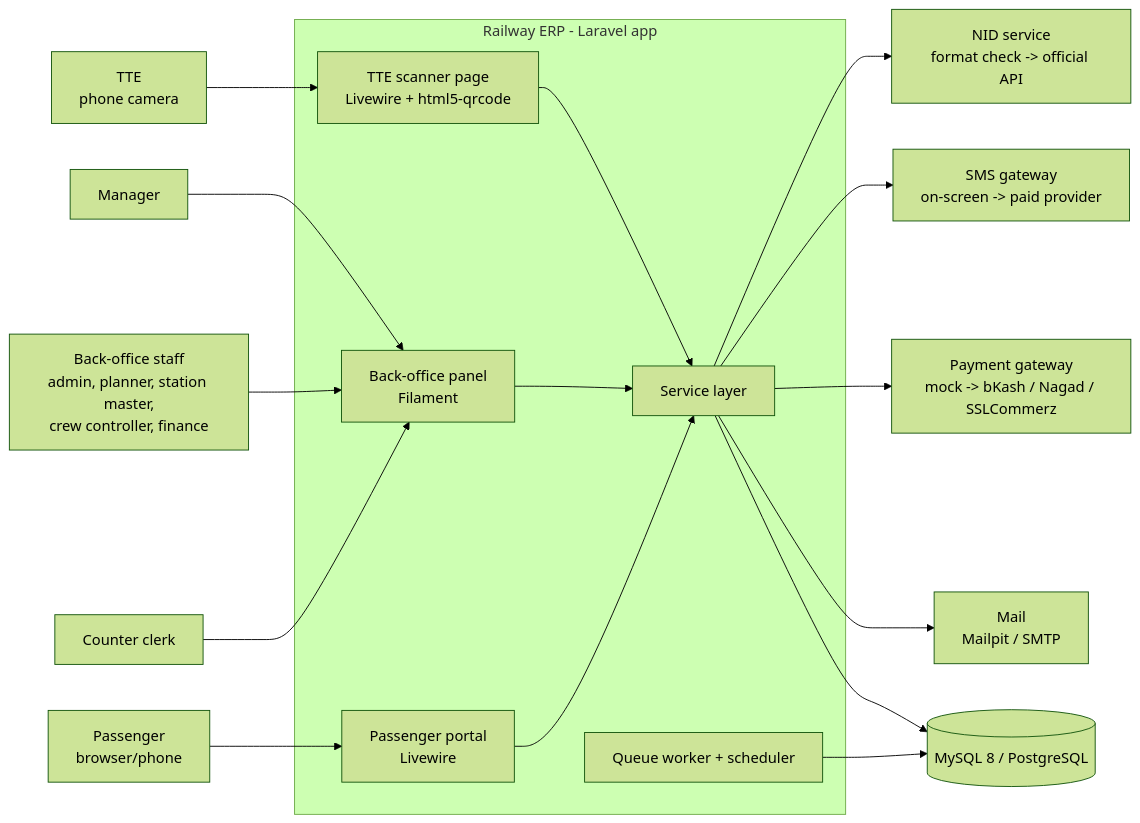
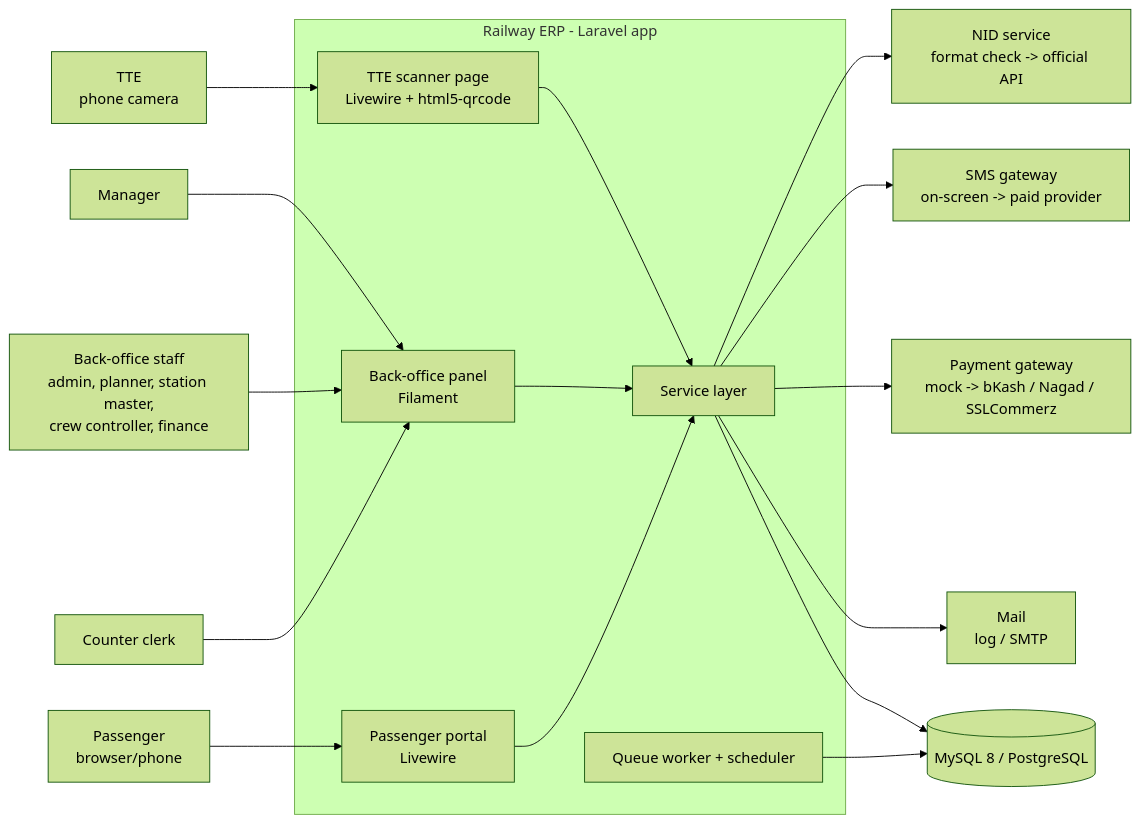
One commit to Riyadhasann/Railway_management_system changed the first of 5 diagrams in docs/railway-erp-architecture.md. Above: the diagram before and after it, drawn with Mermaid (forest theme). The commit also changed other lines of this file and 1 other file, not shown here.

````diff
--- a/docs/railway-erp-architecture.md
+++ b/docs/railway-erp-architecture.md
@@ -24,37 +24,37 @@
 ```mermaid
 flowchart LR
     P[Passenger<br/>browser/phone]
     C[Counter clerk]
     B[Back-office staff<br/>admin, planner, station master,<br/>crew controller, finance]
     T[TTE<br/>phone camera]
     M[Manager]
 
     subgraph APP[Railway ERP - Laravel app]
         PORTAL[Passenger portal<br/>Livewire]
         PANEL[Back-office panel<br/>Filament]
         SCAN[TTE scanner page<br/>Livewire + html5-qrcode]
         SVC[Service layer]
         JOBS[Queue worker + scheduler]
     end
 
     DB[(MySQL 8 / PostgreSQL)]
-    MAIL[Mail<br/>Mailpit / SMTP]
+    MAIL[Mail<br/>log / SMTP]
     PAY[Payment gateway<br/>mock -> bKash / Nagad / SSLCommerz]
     SMS[SMS gateway<br/>on-screen -> paid provider]
     NID[NID service<br/>format check -> official API]
 
     P --> PORTAL
     C --> PANEL
     B --> PANEL
     M --> PANEL
     T --> SCAN
     PORTAL --> SVC
     PANEL --> SVC
     SCAN --> SVC
     SVC --> DB
     JOBS --> DB
     SVC --> MAIL
     SVC --> PAY
     SVC --> SMS
     SVC --> NID
 ```
````
